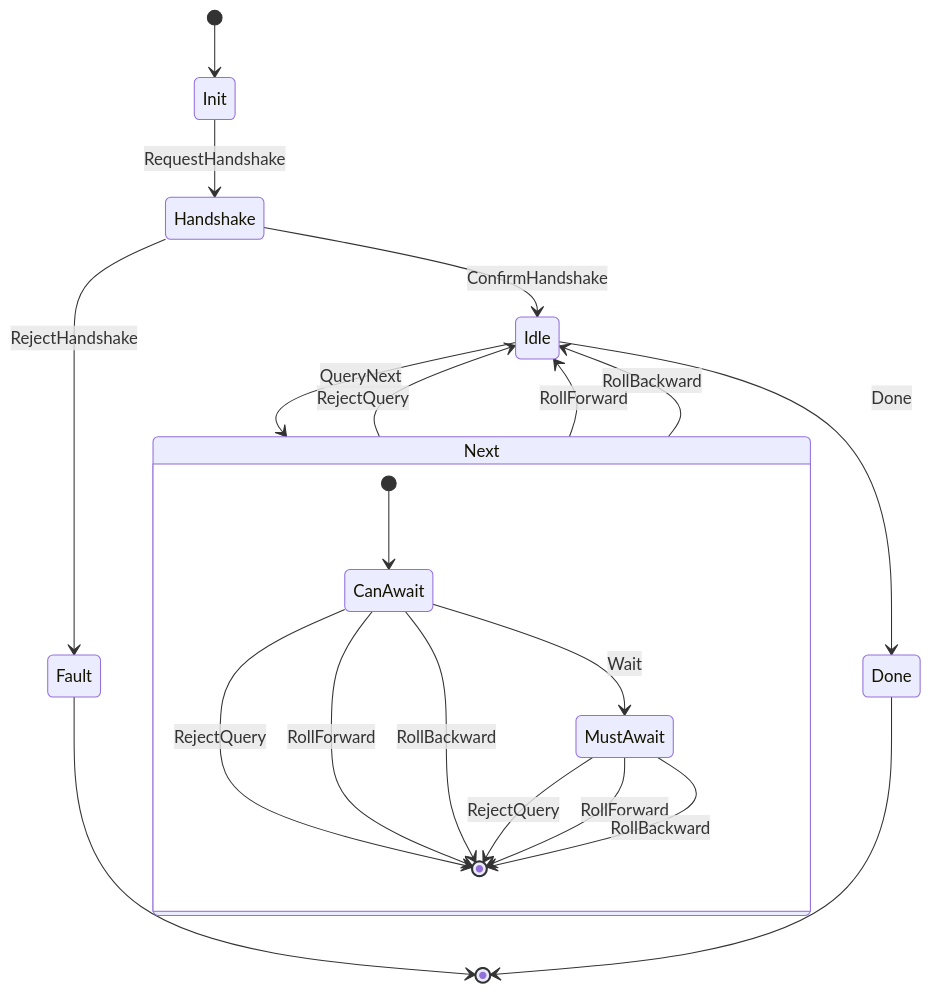
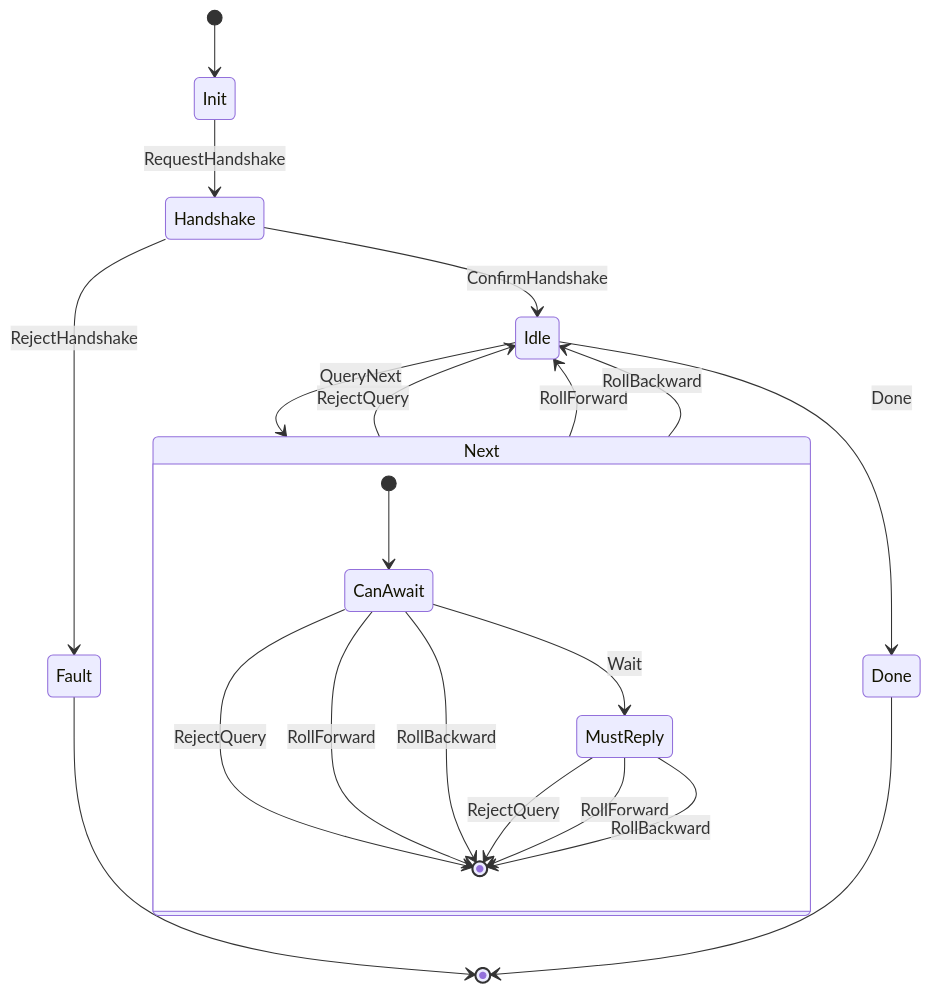
Before and after one commit to input-output-hk/marlowe-cardano: the diagram in marlowe-chain-sync/docs/chain-seek-spec-1.0.md, drawn with Mermaid. The commit also changed other lines of this file, not shown here.

````diff
--- a/marlowe-chain-sync/docs/chain-seek-spec-1.0.md
+++ b/marlowe-chain-sync/docs/chain-seek-spec-1.0.md
@@ -364,24 +371,24 @@
 ```mermaid
 stateDiagram-v2
   [*] --> Init
   Init --> Handshake : RequestHandshake
   Handshake --> Idle : ConfirmHandshake
   Handshake --> Fault : RejectHandshake
   Idle --> Next : QueryNext
   Idle --> Done : Done
   Fault --> [*]
   Done --> [*]
   state Next {
     [*] --> CanAwait
-    CanAwait --> MustAwait : Wait
+    CanAwait --> MustReply : Wait
     CanAwait --> [*] : RejectQuery
     CanAwait --> [*] : RollForward
     CanAwait --> [*] : RollBackward
-    MustAwait --> [*] : RejectQuery
-    MustAwait --> [*] : RollForward
-    MustAwait --> [*] : RollBackward
+    MustReply --> [*] : RejectQuery
+    MustReply --> [*] : RollForward
+    MustReply --> [*] : RollBackward
   }
   Next --> Idle : RejectQuery
   Next --> Idle : RollForward
   Next --> Idle : RollBackward
 ```
````
